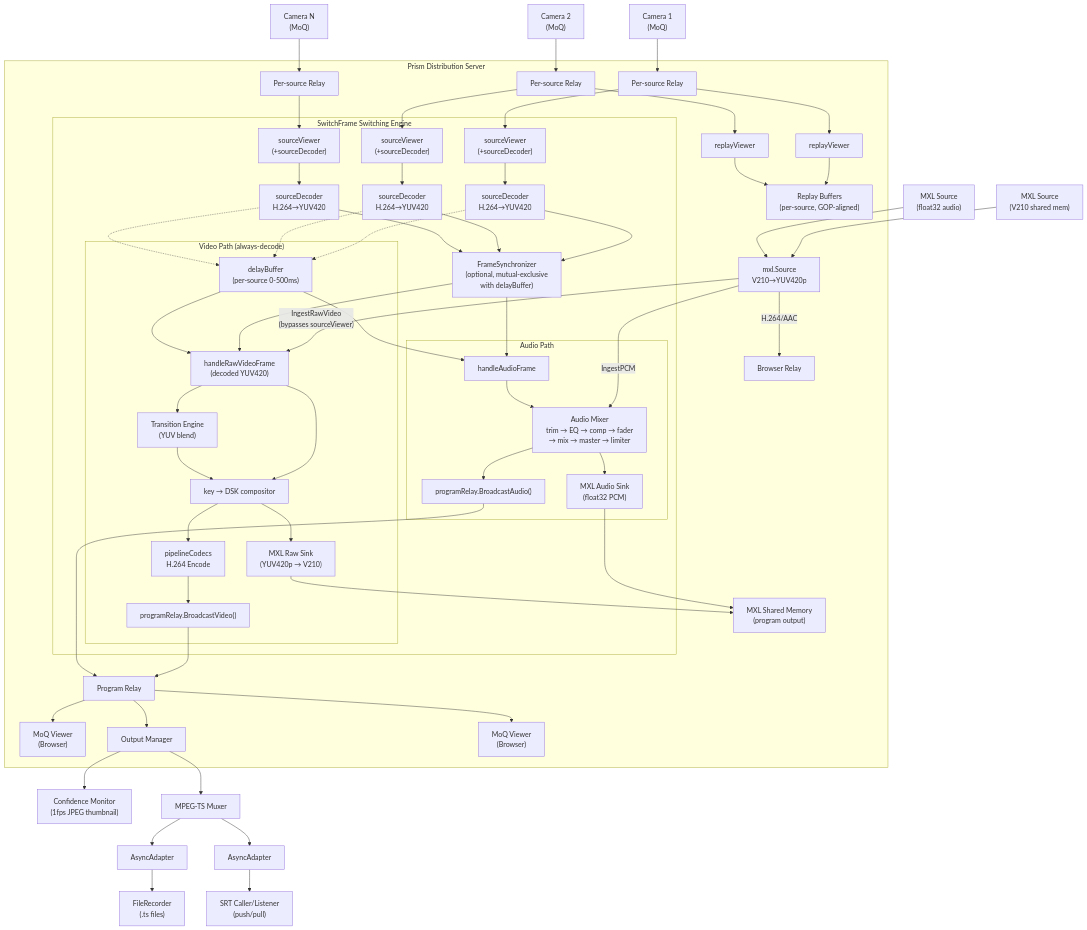
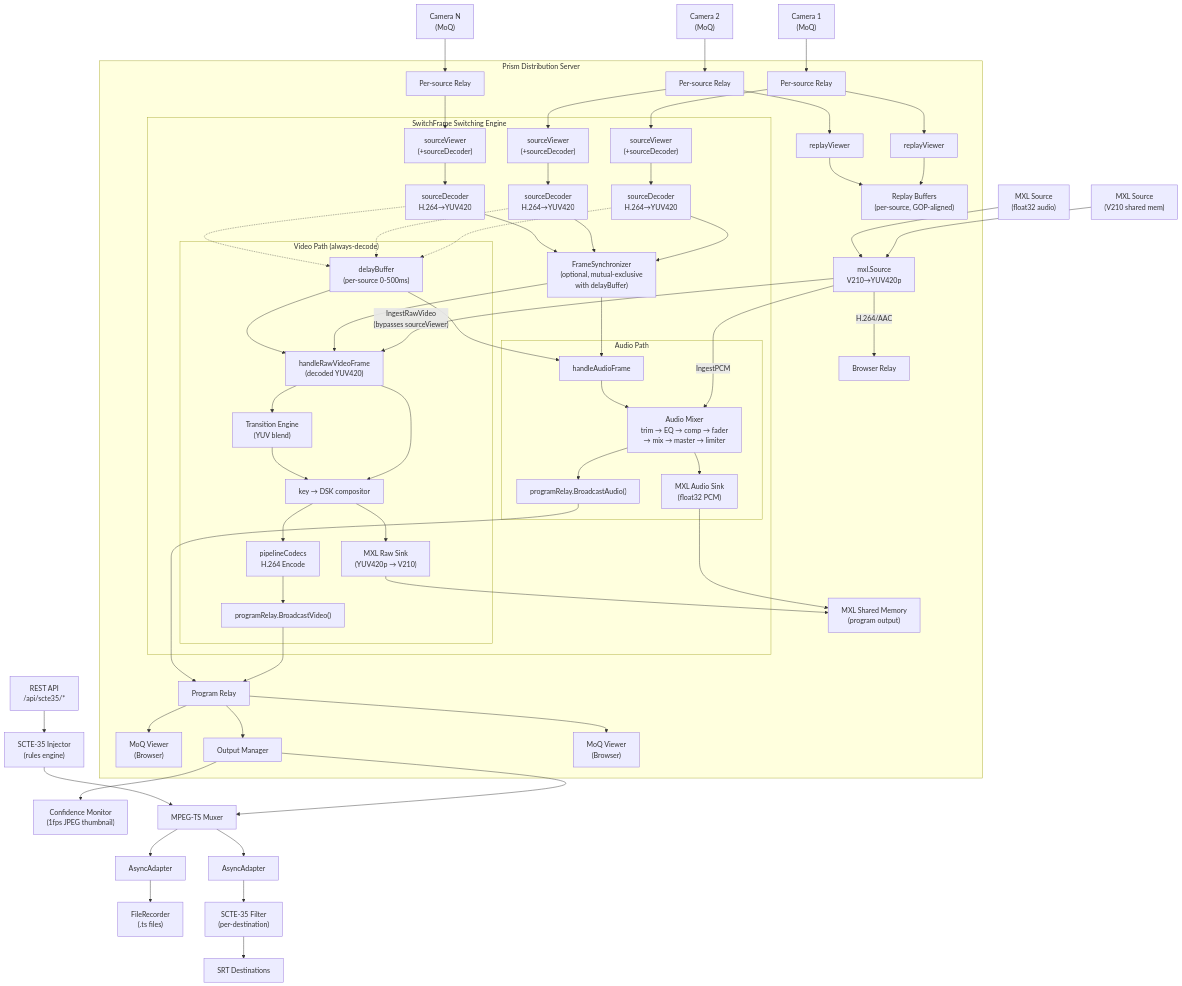
The first of 23 diagrams in docs/architecture.md (zsiec/switchframe), drawn with Mermaid before and after one commit. The commit also changed other lines of this file and 4 other files, not shown here.

````diff
--- a/docs/architecture.md
+++ b/docs/architecture.md
@@ -23,67 +23,70 @@
 ```mermaid
 graph TD
     cam1["Camera 1<br/>(MoQ)"] --> relay1["Per-source Relay"]
     cam2["Camera 2<br/>(MoQ)"] --> relay2["Per-source Relay"]
     camN["Camera N<br/>(MoQ)"] --> relayN["Per-source Relay"]
     mxl1["MXL Source<br/>(V210 shared mem)"] --> mxlSrc["mxl.Source<br/>V210→YUV420p"]
     mxl2["MXL Source<br/>(float32 audio)"] --> mxlSrc
 
     subgraph prism["Prism Distribution Server"]
         mxlSrc -->|"IngestRawVideo<br/>(bypasses sourceViewer)"| hvf
         mxlSrc -->|"IngestPCM"| am
         mxlSrc -->|"H.264/AAC"| mxlRelay["Browser Relay"]
         relay1 --> sv1["sourceViewer<br/>(+sourceDecoder)"]
         relay2 --> sv2["sourceViewer<br/>(+sourceDecoder)"]
         relayN --> svN["sourceViewer<br/>(+sourceDecoder)"]
         relay1 --> rv1["replayViewer"]
         relay2 --> rv2["replayViewer"]
         rv1 --> rb["Replay Buffers<br/>(per-source, GOP-aligned)"]
         rv2 --> rb
 
         subgraph engine["SwitchFrame Switching Engine"]
             sv1 --> sd1["sourceDecoder<br/>H.264→YUV420"]
             sv2 --> sd2["sourceDecoder<br/>H.264→YUV420"]
             svN --> sdN["sourceDecoder<br/>H.264→YUV420"]
             sd1 --> fs["FrameSynchronizer<br/>(optional, mutual-exclusive<br/>with delayBuffer)"]
             sd2 --> fs
             sdN --> fs
             sd1 -.-> delay["delayBuffer<br/>(per-source 0-500ms)"]
             sd2 -.-> delay
             sdN -.-> delay
             fs --> hvf
             fs --> haf
 
             subgraph video["Video Path (always-decode)"]
                 delay --> hvf["handleRawVideoFrame<br/>(decoded YUV420)"]
                 hvf --> te["Transition Engine<br/>(YUV blend)"]
                 hvf --> pipeline["key → DSK compositor"]
                 te --> pipeline
                 pipeline --> mxlOut["MXL Raw Sink<br/>(YUV420p → V210)"]
                 pipeline --> enc["pipelineCodecs<br/>H.264 Encode"]
                 enc --> bv["programRelay.BroadcastVideo()"]
             end
 
             subgraph audio["Audio Path"]
                 delay --> haf["handleAudioFrame"]
                 haf --> am["Audio Mixer<br/>trim → EQ → comp → fader<br/>→ mix → master → limiter"]
                 am --> ba["programRelay.BroadcastAudio()"]
                 am --> mxlAudioOut["MXL Audio Sink<br/>(float32 PCM)"]
             end
         end
 
         bv --> pr["Program Relay"]
         ba --> pr
 
         mxlOut --> mxlShm["MXL Shared Memory<br/>(program output)"]
         mxlAudioOut --> mxlShm
 
         pr --> browser1["MoQ Viewer<br/>(Browser)"]
         pr --> om["Output Manager"]
         pr --> browser2["MoQ Viewer<br/>(Browser)"]
     end
 
     om --> conf["Confidence Monitor<br/>(1fps JPEG thumbnail)"]
     om --> mux["MPEG-TS Muxer"]
     mux --> aa1["AsyncAdapter"] --> rec["FileRecorder<br/>(.ts files)"]
-    mux --> aa2["AsyncAdapter"] --> srt["SRT Caller/Listener<br/>(push/pull)"]
+    mux --> aa2["AsyncAdapter"] --> filt["SCTE-35 Filter<br/>(per-destination)"] --> srt["SRT Destinations"]
+
+    api["REST API<br/>/api/scte35/*"] --> inj["SCTE-35 Injector<br/>(rules engine)"]
+    inj --> mux
 ```
````
